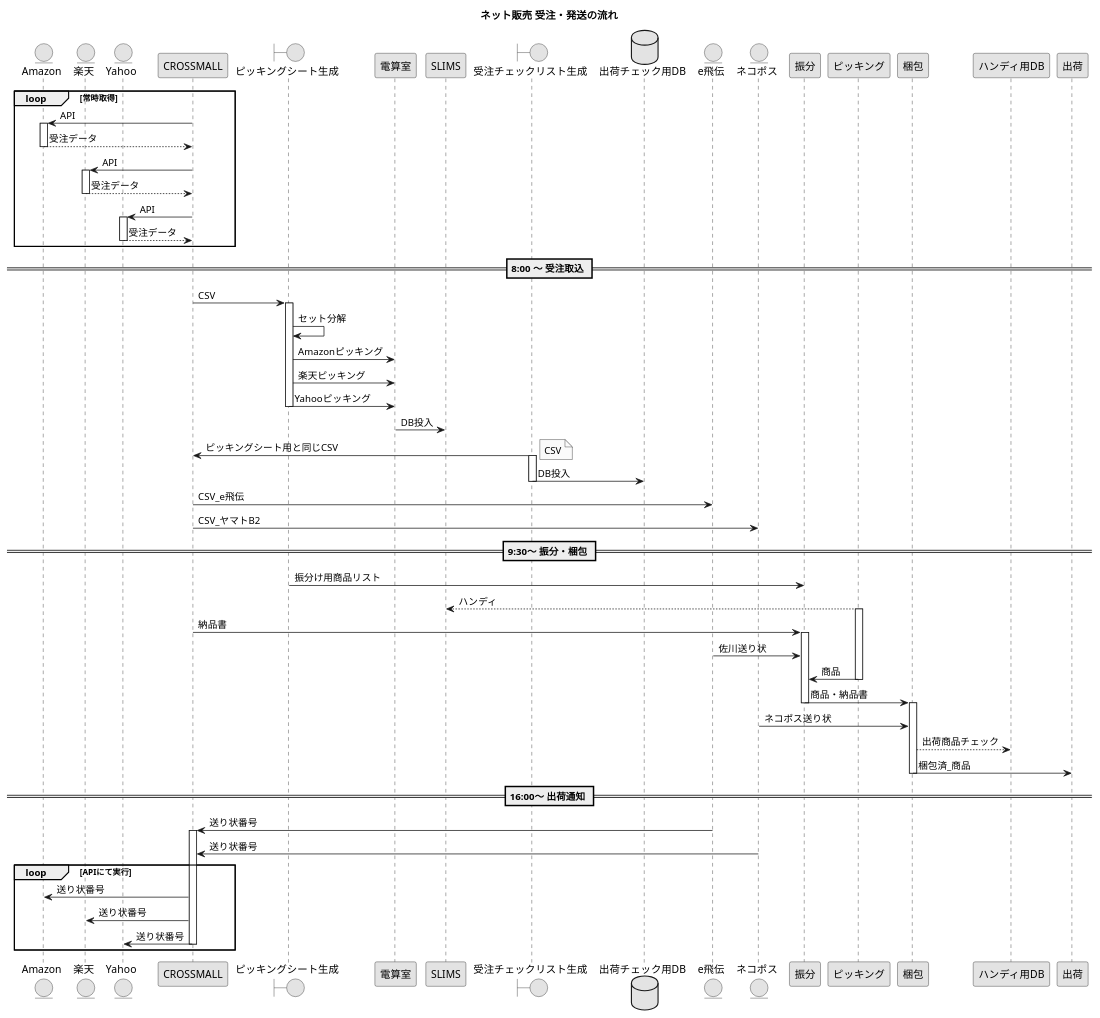
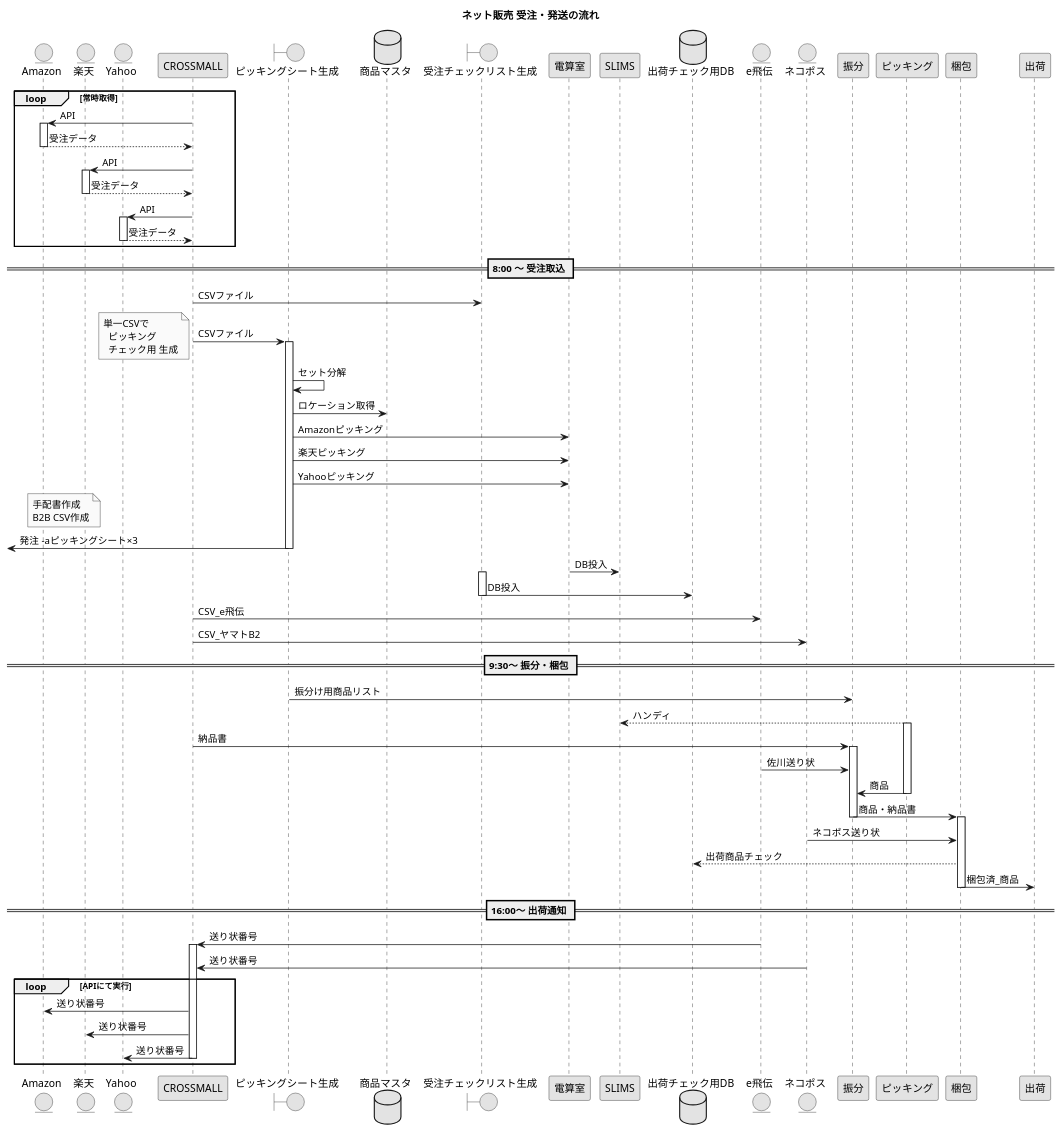
One commit to akiya64/back-yard-macros changed the diagram in recieving_orders_process.puml. Above: the diagram before and after it, drawn with PlantUML. The commit also changed 16 other files, not shown here.

```diff
--- a/recieving_orders_process.puml
+++ b/recieving_orders_process.puml
@@ -1,113 +1,124 @@
-@startuml /uml/recieving_orders_process
+@startuml recieving_orders_process
 
 skinparam monochrome true
 
 title ネット販売 受注・発送の流れ
 
 entity Amazon
 entity 楽天
 entity Yahoo
 
 Loop 常時取得
 
     Amazon <- CROSSMALL :API
     activate Amazon
     Amazon --> CROSSMALL :受注データ
     deactivate Amazon
 
     楽天 <- CROSSMALL : API
     activate 楽天
     楽天 --> CROSSMALL : 受注データ
     deactivate 楽天
 
     Yahoo <- CROSSMALL : API
     activate Yahoo
     Yahoo --> CROSSMALL : 受注データ
     deactivate Yahoo
 end
 
 deactivate CROSSMALL
 
 == 8:00 ～ 受注取込 ==
 
 Boundary ピッキングシート生成
+database 商品マスタ
 
-CROSSMALL -> ピッキングシート生成 : CSV
+Boundary 受注チェックリスト生成
+CROSSMALL -> 受注チェックリスト生成 : CSVファイル
+
+CROSSMALL -> ピッキングシート生成 : CSVファイル
+
+Note Left
+単一CSVで
+  ピッキング
+  チェック用 生成
+end note
 
 activate ピッキングシート生成
 
     ピッキングシート生成 -> ピッキングシート生成 : セット分解
 
+    ピッキングシート生成 -> 商品マスタ : ロケーション取得
+
     ピッキングシート生成 -> 電算室 : Amazonピッキング
     ピッキングシート生成 -> 電算室 : 楽天ピッキング
     ピッキングシート生成 -> 電算室 : Yahooピッキング
+
+note over Amazon,楽天
+    手配書作成
+    B2B CSV作成
+end note
+
+[<- ピッキングシート生成 : 発注 -aピッキングシート×3
 
 deactivate ピッキングシート生成
 
 電算室 -> SLIMS : DB投入
     
-Boundary 受注チェックリスト生成
-
-CROSSMALL <- 受注チェックリスト生成 : ピッキングシート用と同じCSV
-
-Note Right
-    CSV
-end note
-
 activate 受注チェックリスト生成
     
     database 出荷チェック用DB
     受注チェックリスト生成 -> 出荷チェック用DB :DB投入
 
 deactivate 受注チェックリスト生成
 
 entity e飛伝
 entity ネコポス
 
 CROSSMALL -> e飛伝 :CSV_e飛伝
 CROSSMALL -> ネコポス :CSV_ヤマトB2
 
 == 9:30～ 振分・梱包 ==
 
 ピッキングシート生成 -> 振分 : 振分け用商品リスト
 
 SLIMS <-- ピッキング : ハンディ
 
 activate ピッキング
 
     CROSSMALL -> 振分 : 納品書
 
     activate 振分
     e飛伝 -> 振分 : 佐川送り状
     ピッキング -> 振分 : 商品
 
 deactivate ピッキング
 
     振分 -> 梱包 : 商品・納品書
 
     deactivate 振分
 
 activate 梱包
 
     ネコポス -> 梱包 : ネコポス送り状
 
-    ハンディ用DB <-- 梱包 : 出荷商品チェック
+    出荷チェック用DB <-- 梱包 : 出荷商品チェック
 
     梱包 -> 出荷 : 梱包済_商品
     
 deactivate 梱包
 
 == 16:00～ 出荷通知 ==
 
 e飛伝 -> CROSSMALL : 送り状番号
 activate CROSSMALL
 ネコポス -> CROSSMALL : 送り状番号
 
 Loop APIにて実行
     CROSSMALL -> Amazon : 送り状番号
     CROSSMALL -> 楽天 : 送り状番号
     CROSSMALL -> Yahoo : 送り状番号
     deactivate CROSSMALL
 end
 
 @enduml
```
